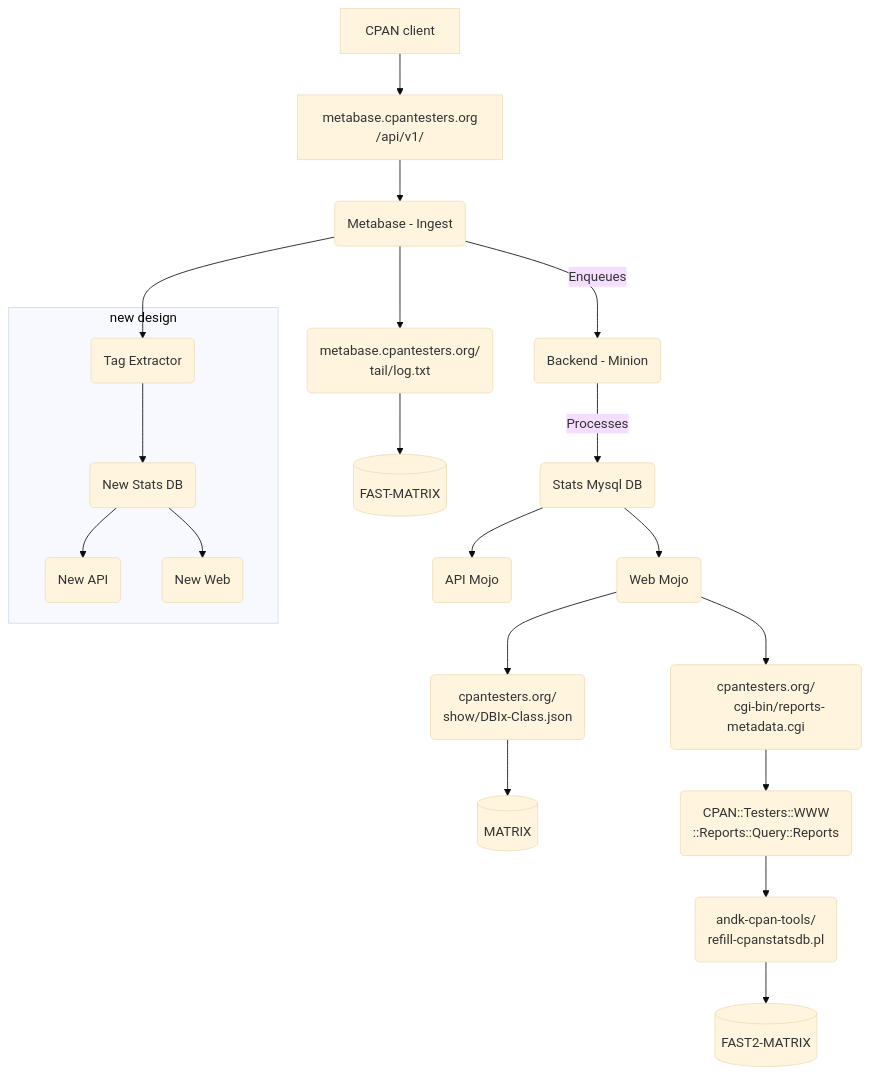
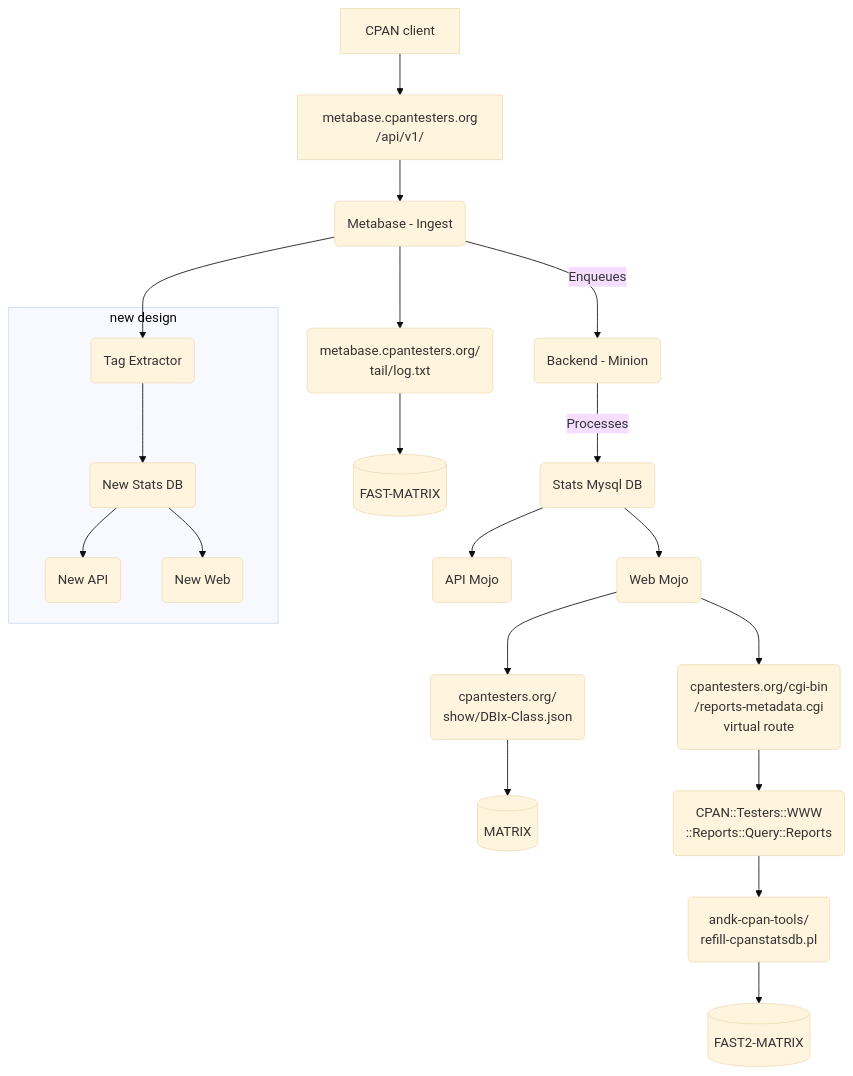
Before and after one commit to cpan-testers/cpantesters-inventory: the diagram in report_flow.md, drawn with Mermaid (base theme).

Commit message:
flow cgibin

````diff
--- a/report_flow.md
+++ b/report_flow.md
@@ -3,33 +3,34 @@
 ```mermaid
 flowchart TD
     A[CPAN client]
       --> inurl[metabase.cpantesters.org
           /api/v1/]
       --> B(Metabase - Ingest)
       -->|Enqueues| C(Backend - Minion)
     C -->|Processes| D(Stats Mysql DB)
     D --> F(API Mojo)
     D --> G(Web Mojo)
 
     B --> taillog(metabase.cpantesters.org/
                   tail/log.txt) --> M1[(FAST-MATRIX)]
     
     G --> jrep(cpantesters.org/
                show/DBIx-Class.json)
       --> M2[(MATRIX)]
 
-    G --> repmeta(cpantesters.org/
-        cgi-bin/reports-metadata.cgi)
+    G --> repmeta(cpantesters.org/cgi-bin
+        /reports-metadata.cgi
+        virtual route)
       --> qreports(CPAN::Testers::WWW
           ::Reports::Query::Reports)
       --> refill(andk-cpan-tools/
           refill-cpanstatsdb.pl)
       --> M3[(FAST2-MATRIX)]
     
     B --> H
     subgraph new design
         H(Tag Extractor) --> I(New Stats DB)
         I --> J(New API)
         I --> K(New Web)
     end
 ```
````
